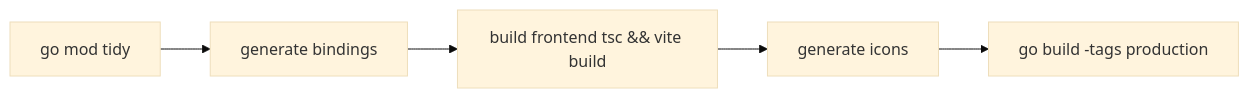
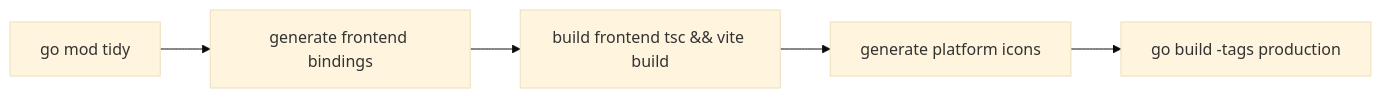
Before and after one commit to aDarkMaker/BiliLuckyDraw: the diagram in docs/en/development/build.md, drawn with Mermaid (base theme). The commit also changed other lines of this file and 30 other files, not shown here.

````diff
--- a/docs/en/development/build.md
+++ b/docs/en/development/build.md
@@ -11,7 +12,7 @@
 ```mermaid
 flowchart LR
-    A[go mod tidy] --> B[generate bindings]
+    A[go mod tidy] --> B[generate frontend bindings]
     B --> C["build frontend tsc && vite build"]
-    C --> D[generate icons]
+    C --> D[generate platform icons]
     D --> E["go build -tags production"]
 ```
````
